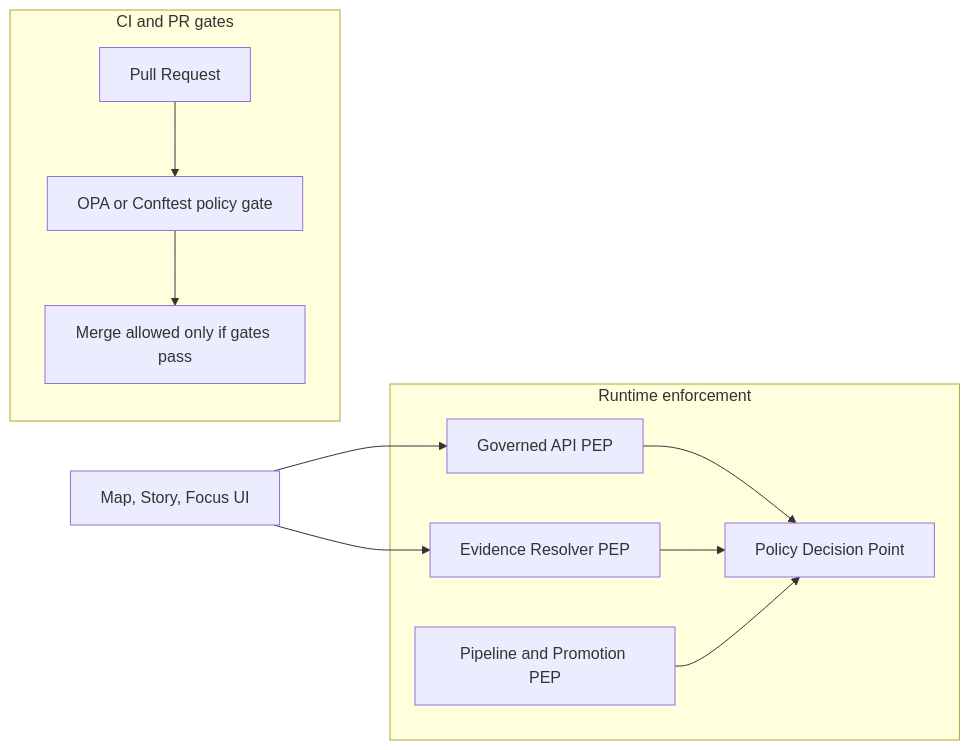
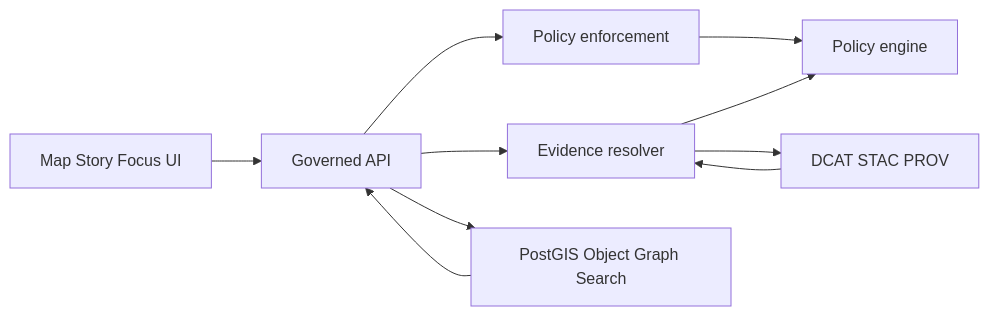
One commit to bartytime4life/Kansas-Frontier-Matrix changed the diagram in policy/README.md. Above: the diagram before and after it, drawn with Mermaid. The commit also changed other lines of this file, not shown here.

````diff
--- a/policy/README.md
+++ b/policy/README.md
@@ -83,16 +81,13 @@
-```mermaid
+~~~mermaid
 flowchart LR
-  subgraph CI["CI and PR gates"]
-    PR["Pull Request"] --> Gate["OPA or Conftest policy gate"]
-    Gate --> Merge["Merge allowed only if gates pass"]
-  end
+  UI[Map Story Focus UI] --> API[Governed API]
+  API --> PEP[Policy enforcement]
+  PEP --> OPA[Policy engine]
+  API --> ER[Evidence resolver]
+  ER --> OPA
+  ER --> CAT[Catalogs]
+  API --> STO[Stores]
 
-  subgraph Runtime["Runtime enforcement"]
-    API["Governed API PEP"] --> PDP["Policy Decision Point"]
-    ER["Evidence Resolver PEP"] --> PDP
-    Pipe["Pipeline and Promotion PEP"] --> PDP
-  end
-
-  UI["Map, Story, Focus UI"] --> API
-  UI --> ER
-```
+  CAT[DCAT STAC PROV] --> ER
+  STO[PostGIS Object Graph Search] --> API
+~~~
````
